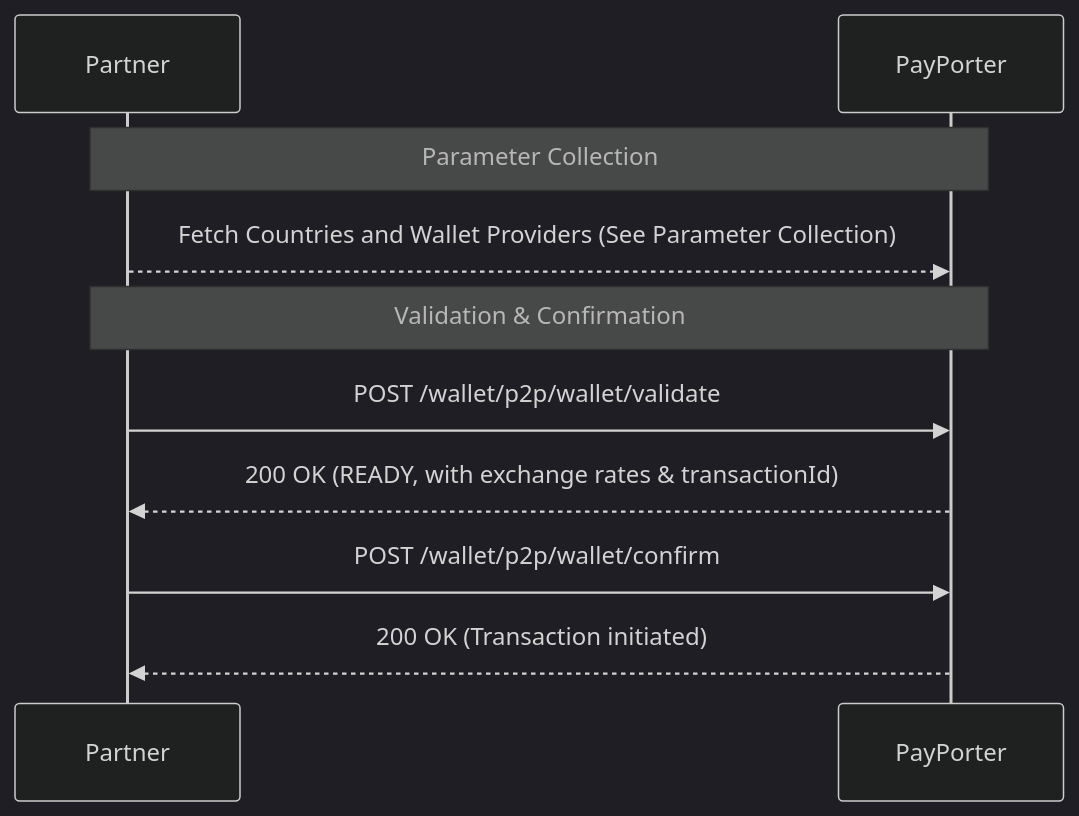
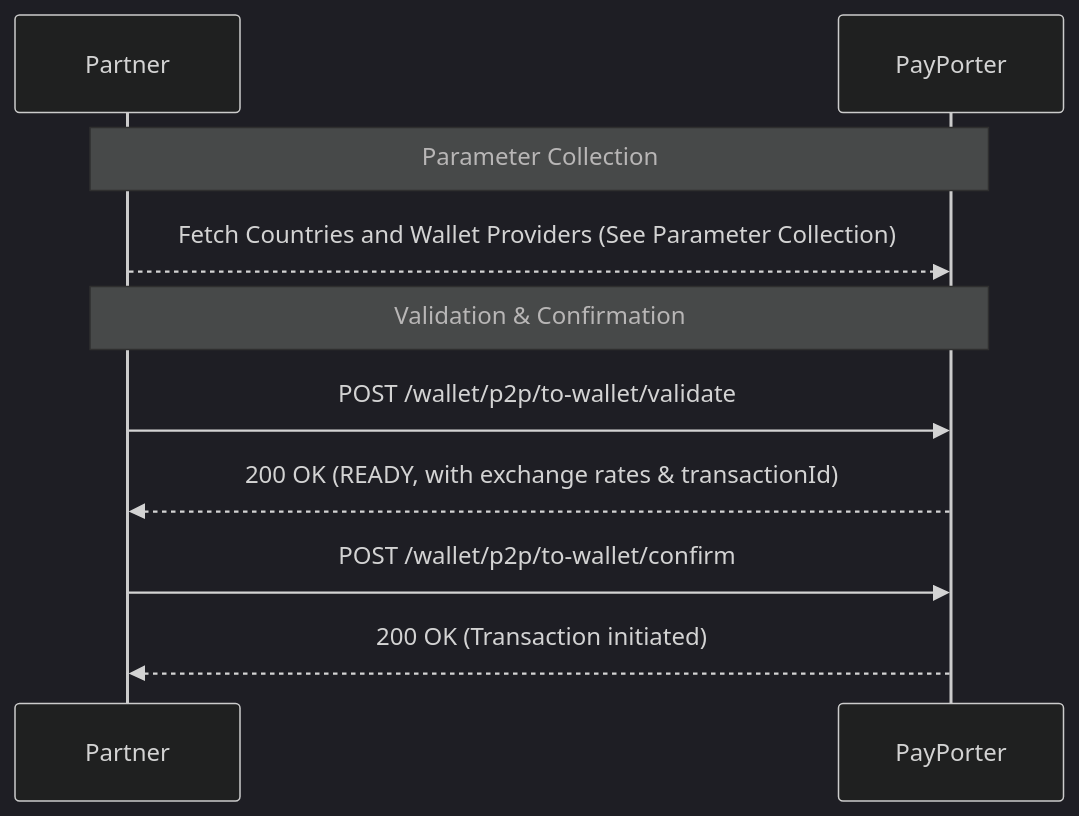
One commit to commitup/api-doc-v2 changed the diagram in docs/whitelabel-wallet-v2/wallet-intro.md. Above: the diagram before and after it, drawn with Mermaid (dark theme). The commit also changed other lines of this file and 19 other files, not shown here.

````diff
--- a/docs/whitelabel-wallet-v2/wallet-intro.md
+++ b/docs/whitelabel-wallet-v2/wallet-intro.md
@@ -15,15 +15,15 @@
 ```mermaid
 sequenceDiagram
     participant Partner
     participant PayPorter
 
     Note over Partner, PayPorter: Parameter Collection
     Partner-->>PayPorter: Fetch Countries and Wallet Providers (See Parameter Collection)
 
     Note over Partner, PayPorter: Validation & Confirmation
-    Partner->>PayPorter: POST /wallet/p2p/wallet/validate
+    Partner->>PayPorter: POST /wallet/p2p/to-wallet/validate
     PayPorter-->>Partner: 200 OK (READY, with exchange rates & transactionId)
     
-    Partner->>PayPorter: POST /wallet/p2p/wallet/confirm
+    Partner->>PayPorter: POST /wallet/p2p/to-wallet/confirm
     PayPorter-->>Partner: 200 OK (Transaction initiated)
 ```
````
